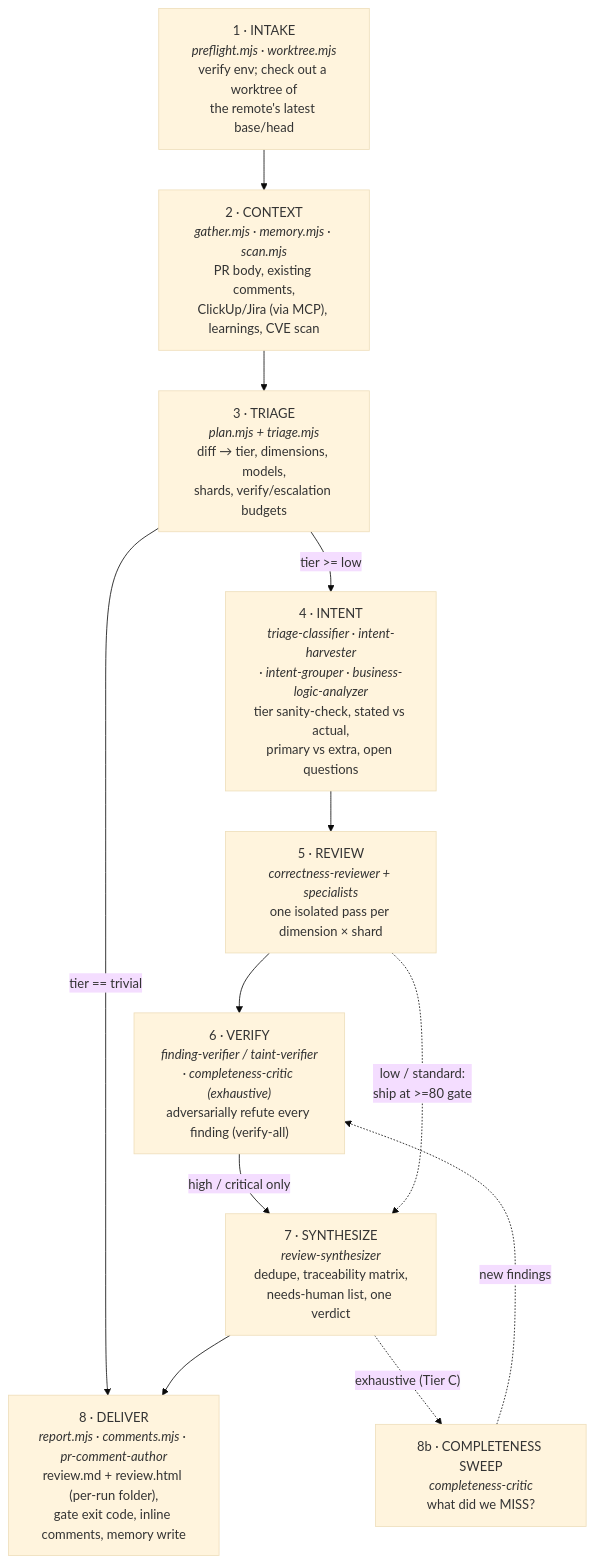
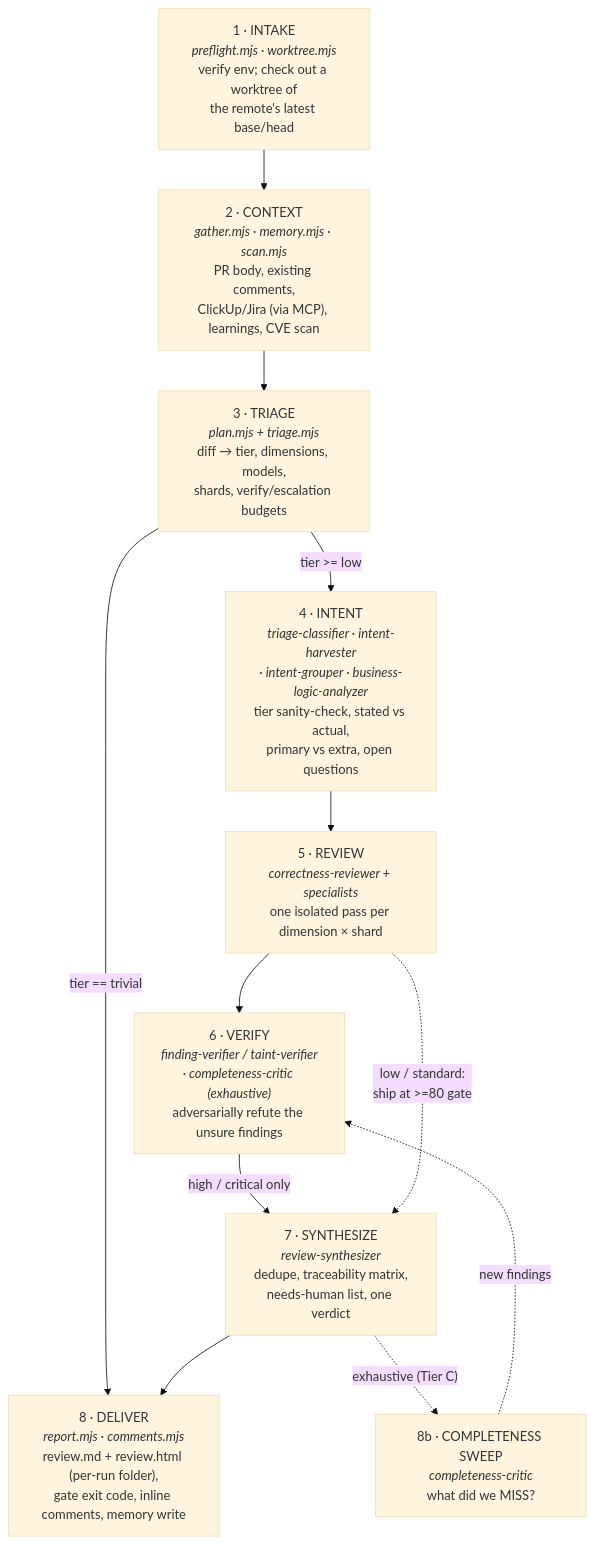
Before and after one commit to Tahmid12Khan/agentic-workflows: the second of 8 diagrams in docs/ARCHITECTURE.md, drawn with Mermaid (base theme). The commit also changed other lines of this file and 8 other files, not shown here.

First line of the commit message:
perf(review): verify-unsure-only, inline resolve, drop pr-comment-author agent

````diff
--- a/docs/ARCHITECTURE.md
+++ b/docs/ARCHITECTURE.md
@@ -61,20 +61,20 @@
 ```mermaid
 flowchart TD
   A["1 · INTAKE<br/><i>preflight.mjs · worktree.mjs</i><br/>verify env; check out a worktree of<br/>the remote's latest base/head"]
   B["2 · CONTEXT<br/><i>gather.mjs · memory.mjs · scan.mjs</i><br/>PR body, existing comments,<br/>ClickUp/Jira (via MCP), learnings, CVE scan"]
   C["3 · TRIAGE<br/><i>plan.mjs + triage.mjs</i><br/>diff → tier, dimensions, models,<br/>shards, verify/escalation budgets"]
   D["4 · INTENT<br/><i>triage-classifier · intent-harvester<br/>· intent-grouper · business-logic-analyzer</i><br/>tier sanity-check, stated vs actual,<br/>primary vs extra, open questions"]
   E["5 · REVIEW<br/><i>correctness-reviewer + specialists</i><br/>one isolated pass per dimension × shard"]
-  F["6 · VERIFY<br/><i>finding-verifier / taint-verifier<br/>· completeness-critic (exhaustive)</i><br/>adversarially refute every finding (verify-all)"]
+  F["6 · VERIFY<br/><i>finding-verifier / taint-verifier<br/>· completeness-critic (exhaustive)</i><br/>adversarially refute the unsure findings"]
   G["7 · SYNTHESIZE<br/><i>review-synthesizer</i><br/>dedupe, traceability matrix,<br/>needs-human list, one verdict"]
-  H["8 · DELIVER<br/><i>report.mjs · comments.mjs · pr-comment-author</i><br/>review.md + review.html (per-run folder),<br/>gate exit code, inline comments, memory write"]
+  H["8 · DELIVER<br/><i>report.mjs · comments.mjs</i><br/>review.md + review.html (per-run folder),<br/>gate exit code, inline comments, memory write"]
 
   A --> B --> C
   C -->|"tier == trivial"| H
   C -->|"tier >= low"| D --> E --> F
   F -->|"high / critical only"| G
   E -.->|"low / standard:<br/>ship at >=80 gate"| G
   G --> H
   G -.->|"exhaustive (Tier C)"| X["8b · COMPLETENESS SWEEP<br/><i>completeness-critic</i><br/>what did we MISS?"]
   X -.->|new findings| F
 ```
````
